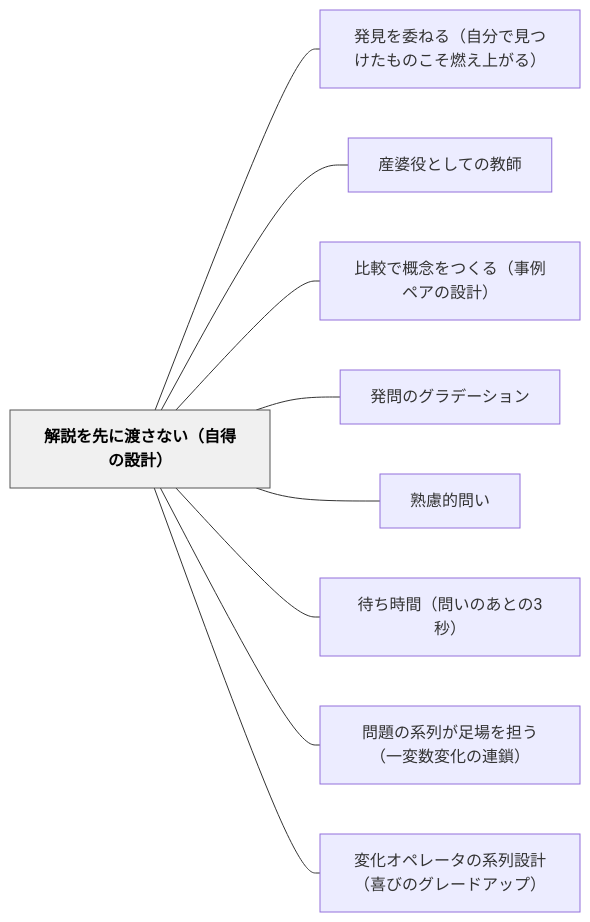
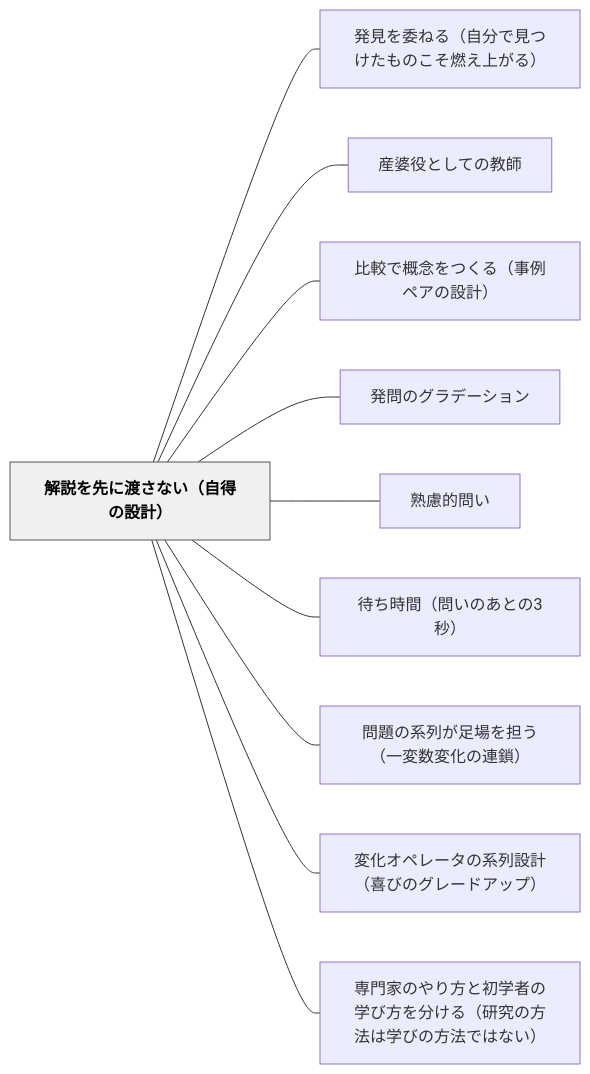
Before and after one commit to unknownthings-ed-patterns/unknownthings-ed-patterns: the diagram in content/パタン/解説を先に渡さない（自得の設計）.md, drawn with Mermaid. The commit also changed other lines of this file and 14 other files, not shown here.

````diff
--- a/content/パタン/解説を先に渡さない（自得の設計）.md
+++ b/content/パタン/解説を先に渡さない（自得の設計）.md
@@ -92,24 +96,26 @@
 ```mermaid
 flowchart LR
     ne8a7a3e8aaace38292e58588e381abe6b8a1e38195e381aae38184efbc88e887aae5be97e381aee8a8ade8a888efbc89["解説を先に渡さない（自得の設計）"]
     ne799bae8a68be38292e5a794e381ade3828befbc88e887aae58886e381a7e8a68be381a4e38191e3819fe38282e381aee38193e3819de78783e38188e4b88ae3818ce3828befbc89["発見を委ねる（自分で見つけたものこそ燃え上がる）"]
     ne794a3e5a986e5bdb9e381a8e38197e381a6e381aee69599e5b8ab["産婆役としての教師"]
     ne6af94e8bc83e381a7e6a682e5bfb5e38292e381a4e3818fe3828befbc88e4ba8be4be8be3839ae382a2e381aee8a8ade8a888efbc89["比較で概念をつくる（事例ペアの設計）"]
     ne799bae5958fe381aee382b0e383a9e38387e383bce382b7e383a7e383b3["発問のグラデーション"]
     ne7869fe685aee79a84e5958fe38184["熟慮的問い"]
     ne5be85e381a1e69982e99693efbc88e5958fe38184e381aee38182e381a8e381ae33e7a792efbc89["待ち時間（問いのあとの3秒）"]
     ne5958fe9a18ce381aee7b3bbe58897e3818ce8b6b3e5a0b4e38292e68b85e38186efbc88e4b880e5a489e695b0e5a489e58c96e381aee980a3e98e96efbc89["問題の系列が足場を担う（一変数変化の連鎖）"]
     ne5a489e58c96e382aae3839ae383ace383bce382bfe381aee7b3bbe58897e8a8ade8a888efbc88e5969ce381b3e381aee382b0e383ace383bce38389e382a2e38383e38397efbc89["変化オペレータの系列設計（喜びのグレードアップ）"]
+    ne5b082e99680e5aeb6e381aee38284e3828ae696b9e381a8e5889de5ada6e88085e381aee5ada6e381b3e696b9e38292e58886e38191e3828befbc88e7a094e7a9b6e381aee696b9e6b395e381afe5ada6e381b3e381aee696b9e6b395e381a7e381afe381aae38184efbc89["専門家のやり方と初学者の学び方を分ける（研究の方法は学びの方法ではない）"]
 
     ne8a7a3e8aaace38292e58588e381abe6b8a1e38195e381aae38184efbc88e887aae5be97e381aee8a8ade8a888efbc89 --- ne799bae8a68be38292e5a794e381ade3828befbc88e887aae58886e381a7e8a68be381a4e38191e3819fe38282e381aee38193e3819de78783e38188e4b88ae3818ce3828befbc89
     ne8a7a3e8aaace38292e58588e381abe6b8a1e38195e381aae38184efbc88e887aae5be97e381aee8a8ade8a888efbc89 --- ne794a3e5a986e5bdb9e381a8e38197e381a6e381aee69599e5b8ab
     ne8a7a3e8aaace38292e58588e381abe6b8a1e38195e381aae38184efbc88e887aae5be97e381aee8a8ade8a888efbc89 --- ne6af94e8bc83e381a7e6a682e5bfb5e38292e381a4e3818fe3828befbc88e4ba8be4be8be3839ae382a2e381aee8a8ade8a888efbc89
     ne8a7a3e8aaace38292e58588e381abe6b8a1e38195e381aae38184efbc88e887aae5be97e381aee8a8ade8a888efbc89 --- ne799bae5958fe381aee382b0e383a9e38387e383bce382b7e383a7e383b3
     ne8a7a3e8aaace38292e58588e381abe6b8a1e38195e381aae38184efbc88e887aae5be97e381aee8a8ade8a888efbc89 --- ne7869fe685aee79a84e5958fe38184
     ne8a7a3e8aaace38292e58588e381abe6b8a1e38195e381aae38184efbc88e887aae5be97e381aee8a8ade8a888efbc89 --- ne5be85e381a1e69982e99693efbc88e5958fe38184e381aee38182e381a8e381ae33e7a792efbc89
     ne8a7a3e8aaace38292e58588e381abe6b8a1e38195e381aae38184efbc88e887aae5be97e381aee8a8ade8a888efbc89 --- ne5958fe9a18ce381aee7b3bbe58897e3818ce8b6b3e5a0b4e38292e68b85e38186efbc88e4b880e5a489e695b0e5a489e58c96e381aee980a3e98e96efbc89
     ne8a7a3e8aaace38292e58588e381abe6b8a1e38195e381aae38184efbc88e887aae5be97e381aee8a8ade8a888efbc89 --- ne5a489e58c96e382aae3839ae383ace383bce382bfe381aee7b3bbe58897e8a8ade8a888efbc88e5969ce381b3e381aee382b0e383ace383bce38389e382a2e38383e38397efbc89
+    ne8a7a3e8aaace38292e58588e381abe6b8a1e38195e381aae38184efbc88e887aae5be97e381aee8a8ade8a888efbc89 --- ne5b082e99680e5aeb6e381aee38284e3828ae696b9e381a8e5889de5ada6e88085e381aee5ada6e381b3e696b9e38292e58886e38191e3828befbc88e7a094e7a9b6e381aee696b9e6b395e381afe5ada6e381b3e381aee696b9e6b395e381a7e381afe381aae38184efbc89
 
     classDef hub fill:#f0f0f0,stroke:#555,color:#000,font-weight:bold
     class ne8a7a3e8aaace38292e58588e381abe6b8a1e38195e381aae38184efbc88e887aae5be97e381aee8a8ade8a888efbc89 hub
 ```
````
